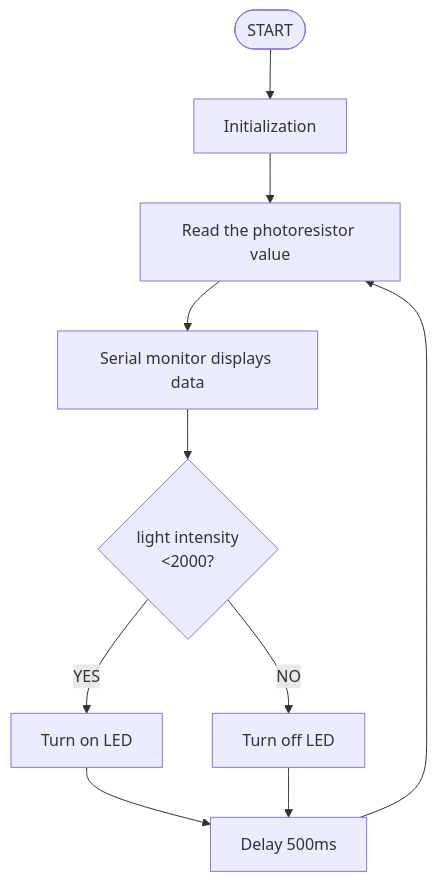
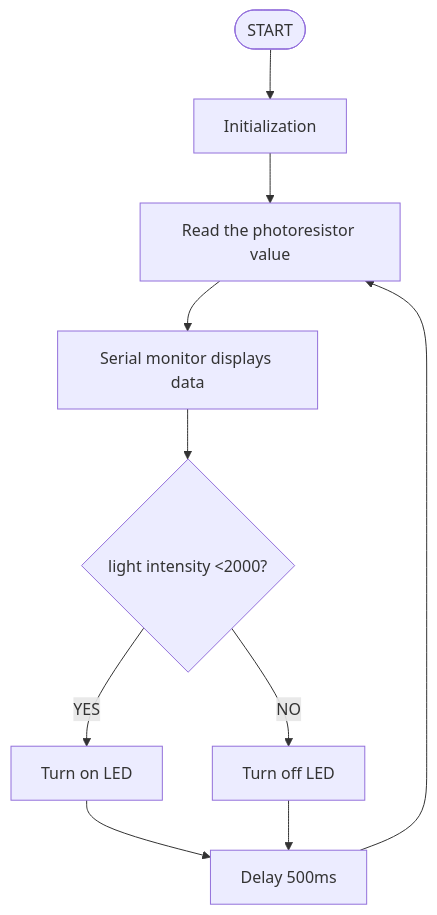
Before and after one commit to keyestudio/KS0597-: the diagram in README.md, drawn with Mermaid.

Commit message:
2025年09月17日 周三 13:56:12.23

````diff
--- a/README.md
+++ b/README.md
@@ -5,11 +5,11 @@
 ```mermaid
 graph TD
     A([START]) --> B[Initialization]
     B --> C[Read the photoresistor value]
     C --> D[Serial monitor displays data]
-    D --> E{light intensity<br><2000?}
+    D --> E{light intensity <2000?}
     E -- YES --> F[Turn on LED]
     E -- NO --> G[Turn off LED]
     F & G --> H[Delay 500ms]
     H --> C[Read the photoresistor value]
 ```
````
